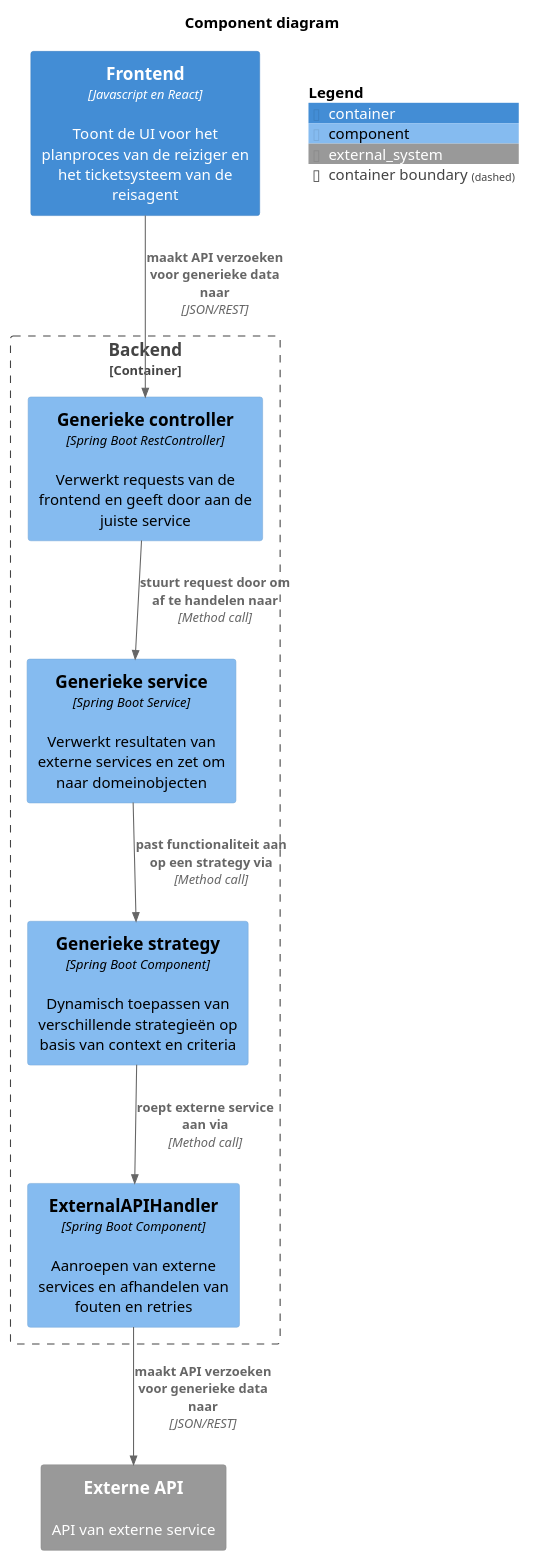
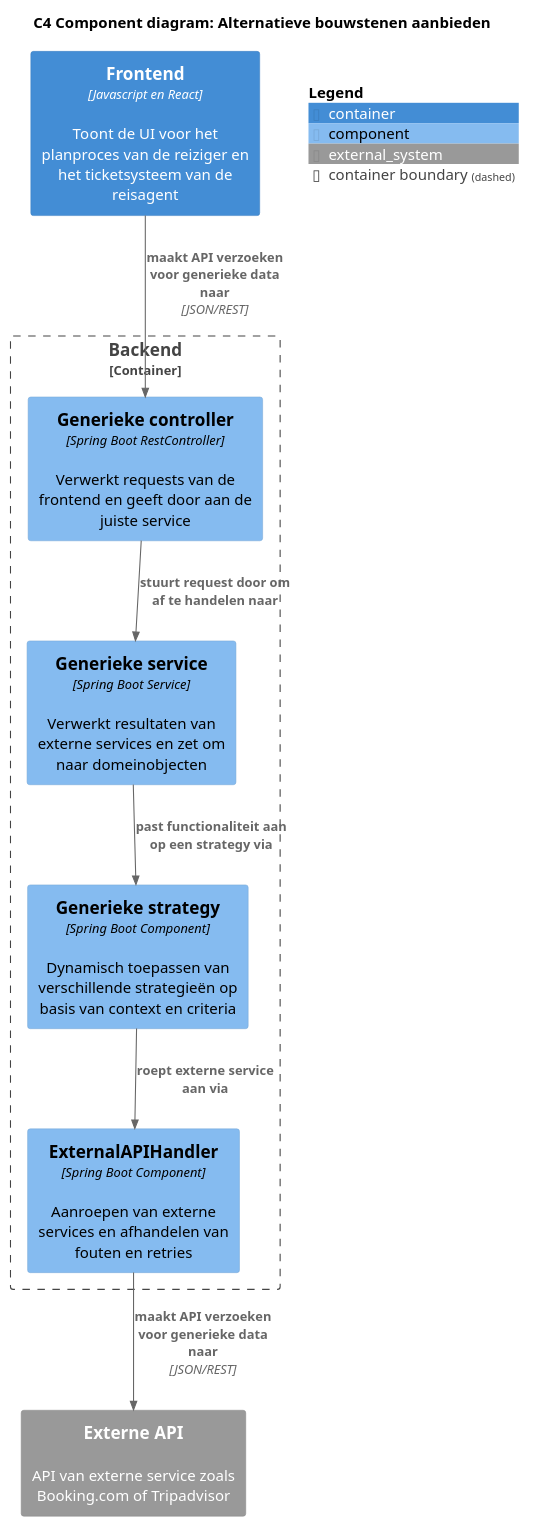
The diagram in software-guidebook/sgb-bestanden/ontwerpvragen/Modularity - component diagram.puml (AIM-ENE-feb25/triptop-groep-4-jochem-roald-stijn-a), drawn with PlantUML before and after one commit. The commit also changed other lines of this file and 19 other files, not shown here.

First line of the commit message:
Alle diagrammen rechtgetrokken

```diff
--- a/software-guidebook/sgb-bestanden/ontwerpvragen/Modularity - component diagram.puml
+++ b/software-guidebook/sgb-bestanden/ontwerpvragen/Modularity - component diagram.puml
@@ -1,26 +1,26 @@
 @startuml
 !include <C4/C4_Component.puml>
-title Component diagram
+title C4 Component diagram: Alternatieve bouwstenen aanbieden
 
 LAYOUT_TOP_DOWN()
 SHOW_PERSON_OUTLINE()
 
 Container(frontend, "Frontend", "Javascript en React", "Toont de UI voor het planproces van de reiziger en het ticketsysteem van de reisagent")
 
 Container_Boundary(backend, "Backend") {
     Component(controller, "Generieke controller", "Spring Boot RestController", "Verwerkt requests van de frontend en geeft door aan de juiste service")
     Component(service, "Generieke service", "Spring Boot Service", "Verwerkt resultaten van externe services en zet om naar domeinobjecten")
     Component(strategy, "Generieke strategy", "Spring Boot Component", "Dynamisch toepassen van verschillende strategieën op basis van context en criteria")
     Component(apiHandler, "ExternalAPIHandler", "Spring Boot Component", "Aanroepen van externe services en afhandelen van fouten en retries")
 }
 
-System_Ext(api, "Externe API", "API van externe service")
+System_Ext(api, "Externe API", "API van externe service zoals Booking.com of Tripadvisor")
 
 Rel(frontend, controller, "maakt API verzoeken voor generieke data naar", "JSON/REST")
-Rel(controller, service, "stuurt request door om af te handelen naar", "Method call")
-Rel(service, strategy, "past functionaliteit aan op een strategy via", "Method call")
-Rel(strategy, apiHandler, "roept externe service aan via", "Method call")
+Rel(controller, service, "stuurt request door om af te handelen naar")
+Rel(service, strategy, "past functionaliteit aan op een strategy via")
+Rel(strategy, apiHandler, "roept externe service aan via")
 Rel(apiHandler, api, "maakt API verzoeken voor generieke data naar", "JSON/REST")
 
 SHOW_FLOATING_LEGEND()
 @enduml
```
